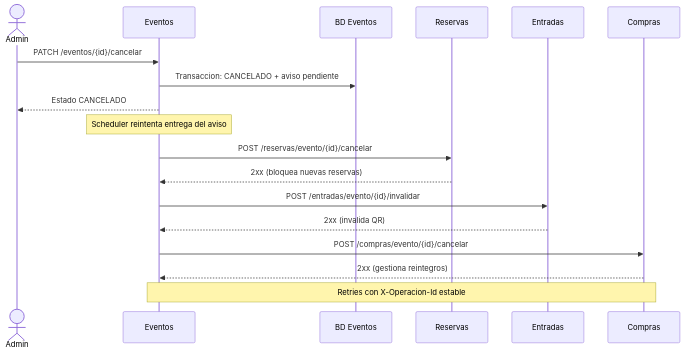
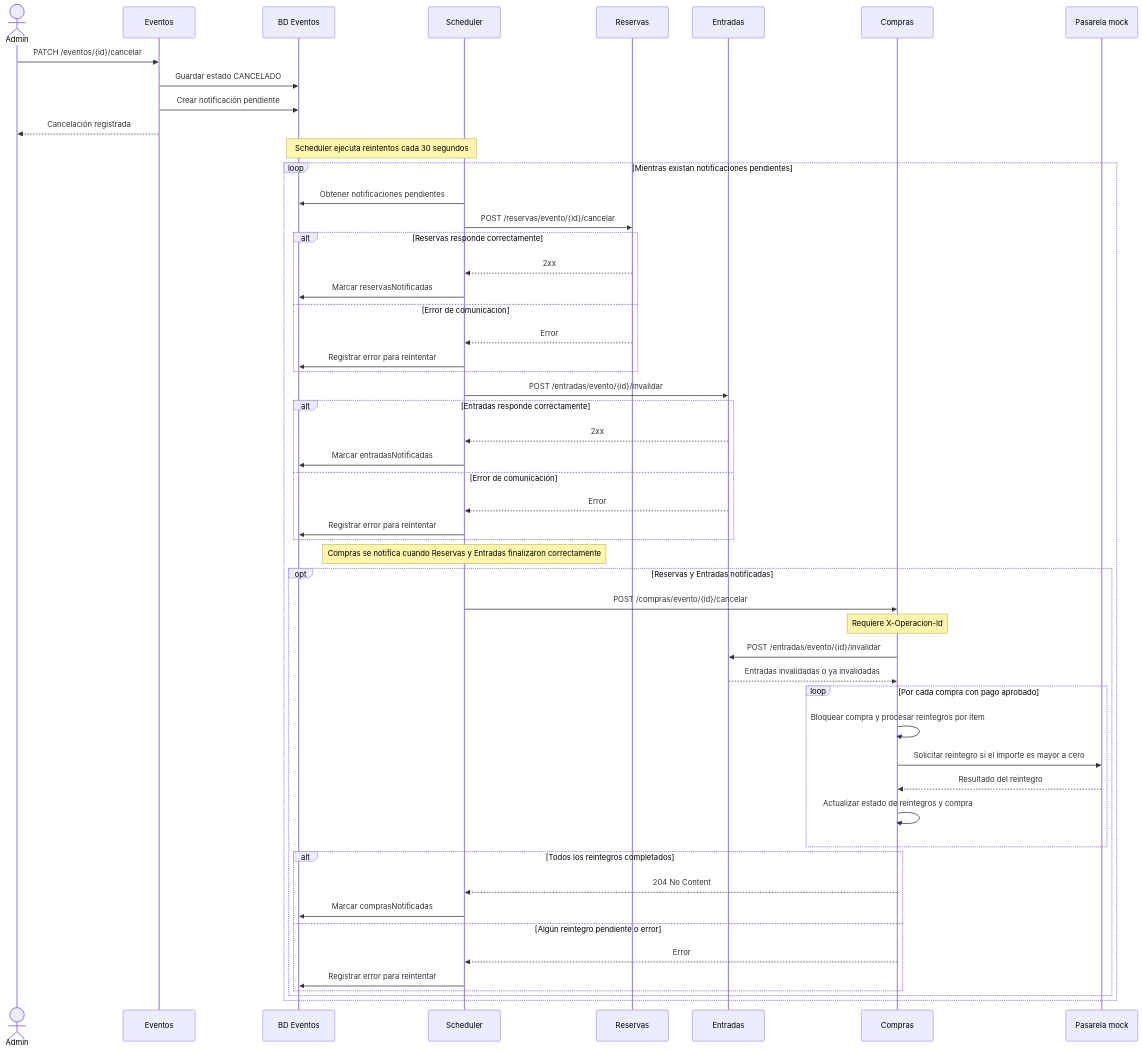
Before and after one commit to LuliDiNucci/arquitecturasGrupo12: the third of 3 diagrams in TPE-micro1/msvc-eventosylugares/docs/02-ARQUITECTURA-Y-DIAGRAMAS.md, drawn with Mermaid. The commit also changed other lines of this file and 6 other files, not shown here.

````diff
--- a/TPE-micro1/msvc-eventosylugares/docs/02-ARQUITECTURA-Y-DIAGRAMAS.md
+++ b/TPE-micro1/msvc-eventosylugares/docs/02-ARQUITECTURA-Y-DIAGRAMAS.md
@@ -71,20 +88,64 @@
 ```mermaid
 sequenceDiagram
   actor Admin
   participant E as Eventos
   participant DB as BD Eventos
+  participant S as Scheduler
   participant R as Reservas
   participant T as Entradas
   participant C as Compras
+  participant PC as Pasarela mock
+
   Admin->>E: PATCH /eventos/{id}/cancelar
-  E->>DB: Transaccion: CANCELADO + aviso pendiente
-  E-->>Admin: Estado CANCELADO
-  Note over E: Scheduler reintenta entrega del aviso
-  E->>R: POST /reservas/evento/{id}/cancelar
-  R-->>E: 2xx (bloquea nuevas reservas)
-  E->>T: POST /entradas/evento/{id}/invalidar
-  T-->>E: 2xx (invalida QR)
-  E->>C: POST /compras/evento/{id}/cancelar
-  C-->>E: 2xx (gestiona reintegros)
-  Note over E,C: Retries con X-Operacion-Id estable
+  E->>DB: Guardar estado CANCELADO
+  E->>DB: Crear notificación pendiente
+  E-->>Admin: Cancelación registrada
+
+  Note over S,DB: Scheduler ejecuta reintentos cada 30 segundos
+
+  loop Mientras existan notificaciones pendientes
+    S->>DB: Obtener notificaciones pendientes
+
+    S->>R: POST /reservas/evento/{id}/cancelar
+    alt Reservas responde correctamente
+      R-->>S: 2xx
+      S->>DB: Marcar reservasNotificadas
+    else Error de comunicación
+      R-->>S: Error
+      S->>DB: Registrar error para reintentar
+    end
+
+    S->>T: POST /entradas/evento/{id}/invalidar
+    alt Entradas responde correctamente
+      T-->>S: 2xx
+      S->>DB: Marcar entradasNotificadas
+    else Error de comunicación
+      T-->>S: Error
+      S->>DB: Registrar error para reintentar
+    end
+
+    Note over S: Compras se notifica cuando Reservas y Entradas finalizaron correctamente
+
+    opt Reservas y Entradas notificadas
+      S->>C: POST /compras/evento/{id}/cancelar
+      Note over C: Requiere X-Operacion-Id
+      C->>T: POST /entradas/evento/{id}/invalidar
+      T-->>C: Entradas invalidadas o ya invalidadas
+
+      loop Por cada compra con pago aprobado
+        C->>C: Bloquear compra y procesar reintegros por ítem
+        C->>PC: Solicitar reintegro si el importe es mayor a cero
+        PC-->>C: Resultado del reintegro
+        C->>C: Actualizar estado de reintegros y compra
+      end
+
+      alt Todos los reintegros completados
+        C-->>S: 204 No Content
+        S->>DB: Marcar comprasNotificadas
+      else Algún reintegro pendiente o error
+        C-->>S: Error
+        S->>DB: Registrar error para reintentar
+      end
+    end
+  end
 ```
````
